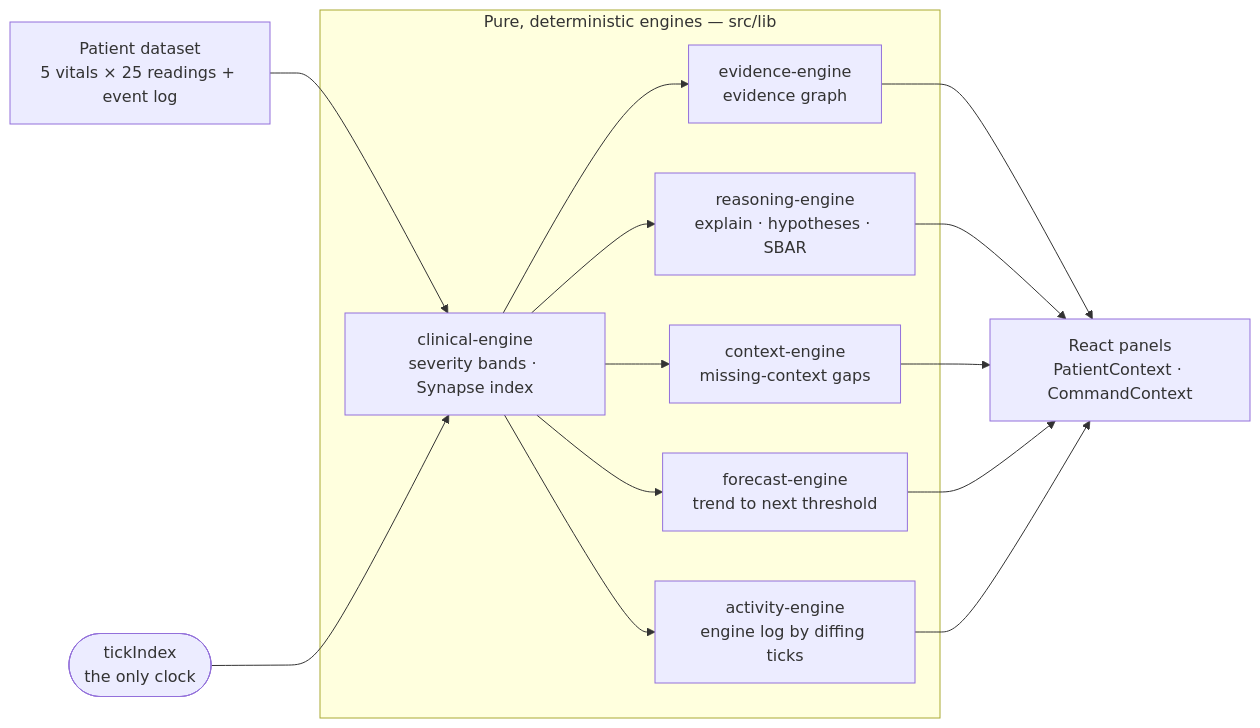
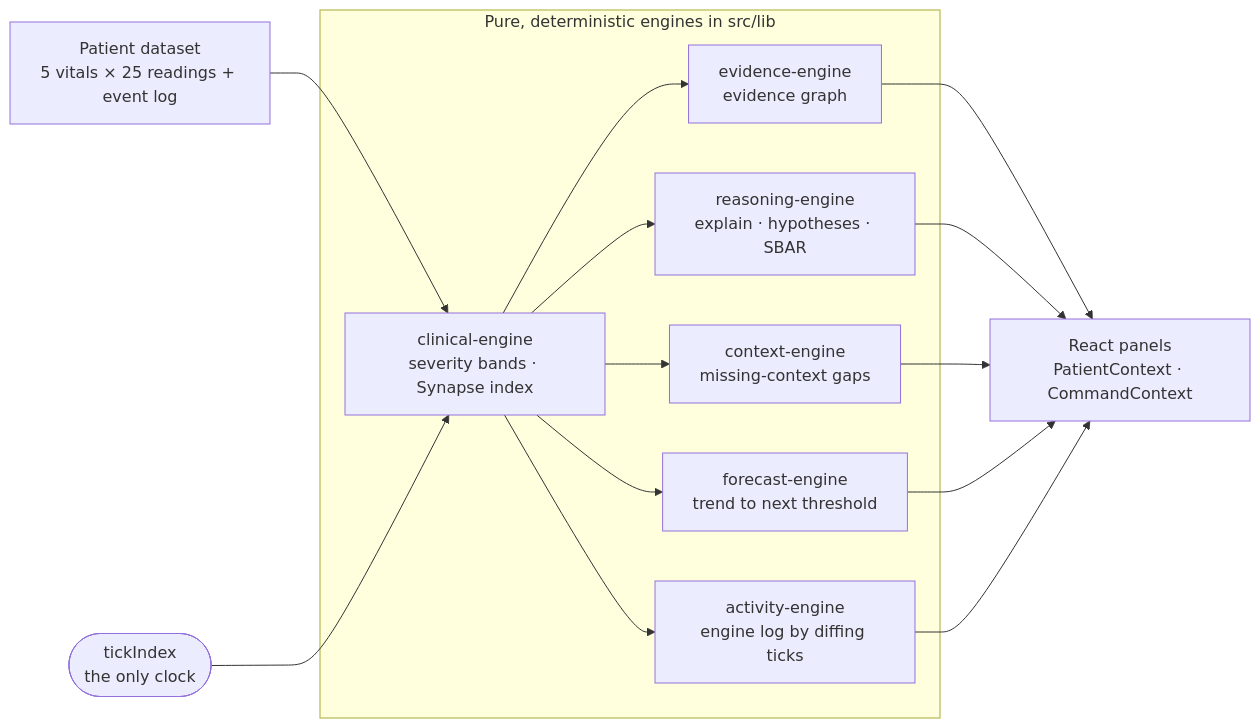
Before and after one commit to SuhasReddy2003/SynapseMD: the diagram in README.md, drawn with Mermaid. The commit also changed other lines of this file and 1 other file, not shown here.

````diff
--- a/README.md
+++ b/README.md
@@ -67,14 +97,14 @@
 ```mermaid
 flowchart LR
   D["Patient dataset<br/>5 vitals × 25 readings + event log"] --> C
   T(["tickIndex<br/>the only clock"]) --> C
-  subgraph Engines["Pure, deterministic engines — src/lib"]
+  subgraph Engines["Pure, deterministic engines in src/lib"]
     C["clinical-engine<br/>severity bands · Synapse index"]
     C --> E["evidence-engine<br/>evidence graph"]
     C --> R["reasoning-engine<br/>explain · hypotheses · SBAR"]
     C --> X["context-engine<br/>missing-context gaps"]
     C --> F["forecast-engine<br/>trend to next threshold"]
     C --> A["activity-engine<br/>engine log by diffing ticks"]
   end
   E & R & X & F & A --> U["React panels<br/>PatientContext · CommandContext"]
 ```
````
